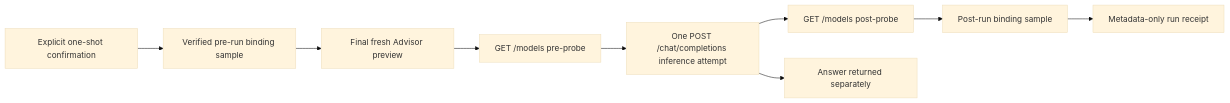
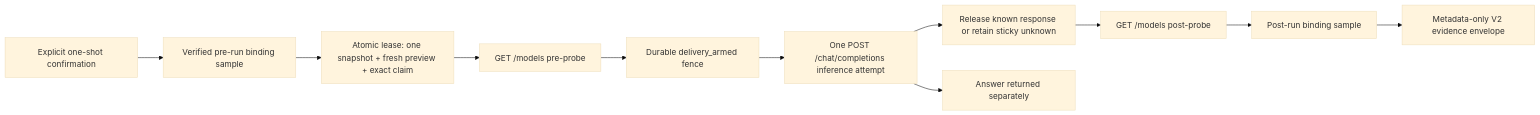
The fifth of 6 diagrams in docs/architecture.md (aantenore/myMoE), drawn with Mermaid (base theme) before and after one commit. The commit also changed other lines of this file and 29 other files, not shown here.

````diff
--- a/docs/architecture.md
+++ b/docs/architecture.md
@@ -152,11 +152,13 @@
 ```mermaid
 flowchart LR
   C["Explicit one-shot confirmation"] --> B["Verified pre-run binding sample"]
-  B --> P["Final fresh Advisor preview"]
-  P --> G1["GET /models pre-probe"]
-  G1 --> I["One POST /chat/completions inference attempt"]
-  I --> G2["GET /models post-probe"]
+  B --> L["Atomic lease: one snapshot + fresh preview + exact claim"]
+  L --> G1["GET /models pre-probe"]
+  G1 --> F["Durable delivery_armed fence"]
+  F --> I["One POST /chat/completions inference attempt"]
+  I --> R["Release known response or retain sticky unknown"]
+  R --> G2["GET /models post-probe"]
   G2 --> S["Post-run binding sample"]
-  S --> O["Metadata-only run receipt"]
+  S --> O["Metadata-only V2 evidence envelope"]
   I --> A["Answer returned separately"]
 ```
````
